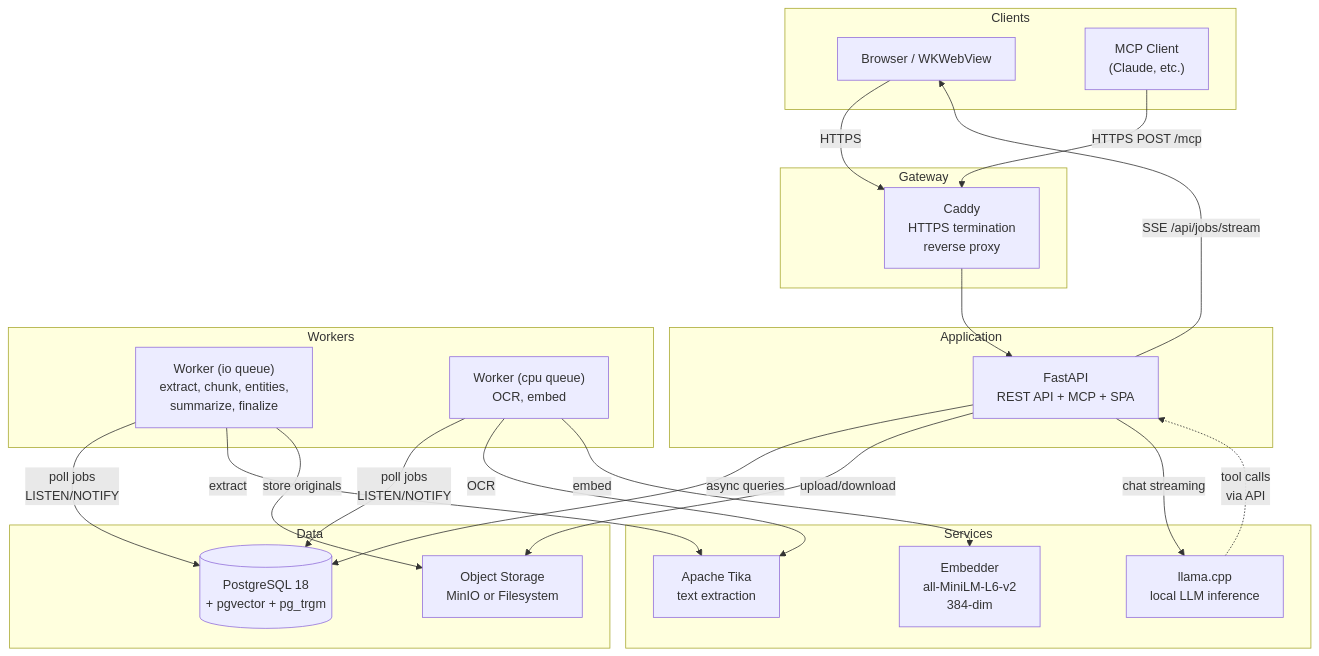
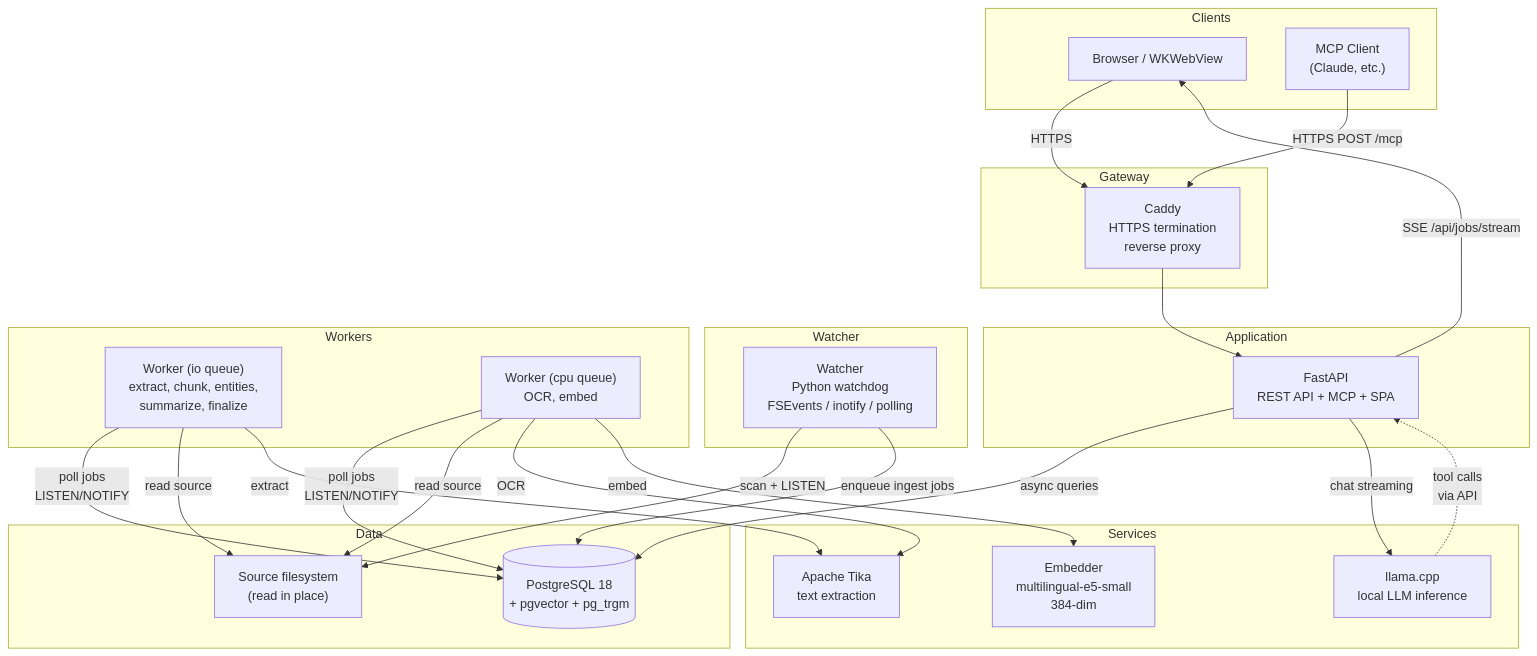
One commit to r0shi/harborclerk changed the first of 7 diagrams in docs/architecture.md. Above: the diagram before and after it, drawn with Mermaid. The commit also changed other lines of this file and 2 other files, not shown here.

````diff
--- a/docs/architecture.md
+++ b/docs/architecture.md
@@ -5,49 +5,56 @@
 ```mermaid
 graph TB
     subgraph Clients
         browser["Browser / WKWebView"]
         mcp_client["MCP Client<br/>(Claude, etc.)"]
     end
 
     subgraph Gateway
         caddy["Caddy<br/>HTTPS termination<br/>reverse proxy"]
     end
 
     subgraph Application
         api["FastAPI<br/>REST API + MCP + SPA"]
     end
 
+    subgraph Watcher
+        watcher["Watcher<br/>Python watchdog<br/>FSEvents / inotify / polling"]
+    end
+
     subgraph Workers
         wio["Worker (io queue)<br/>extract, chunk, entities,<br/>summarize, finalize"]
         wcpu["Worker (cpu queue)<br/>OCR, embed"]
     end
 
     subgraph Data
         pg[("PostgreSQL 18<br/>+ pgvector + pg_trgm")]
-        store["Object Storage<br/>MinIO or Filesystem"]
+        fs["Source filesystem<br/>(read in place)"]
     end
 
     subgraph Services
         tika["Apache Tika<br/>text extraction"]
-        embedder["Embedder<br/>all-MiniLM-L6-v2<br/>384-dim"]
+        embedder["Embedder<br/>multilingual-e5-small<br/>384-dim"]
         llama["llama.cpp<br/>local LLM inference"]
     end
 
     browser -- "HTTPS" --> caddy
     mcp_client -- "HTTPS POST /mcp" --> caddy
     caddy --> api
 
     api -- "async queries" --> pg
-    api -- "upload/download" --> store
     api -- "chat streaming" --> llama
     api -- "SSE /api/jobs/stream" --> browser
 
+    watcher -- "scan + LISTEN" --> fs
+    watcher -- "enqueue ingest jobs" --> pg
+
     wio -- "poll jobs<br/>LISTEN/NOTIFY" --> pg
     wcpu -- "poll jobs<br/>LISTEN/NOTIFY" --> pg
+    wio -- "read source" --> fs
+    wcpu -- "read source" --> fs
     wio -- "extract" --> tika
     wcpu -- "OCR" --> tika
     wcpu -- "embed" --> embedder
-    wio -- "store originals" --> store
 
     llama -. "tool calls<br/>via API" .-> api
 ```
````
